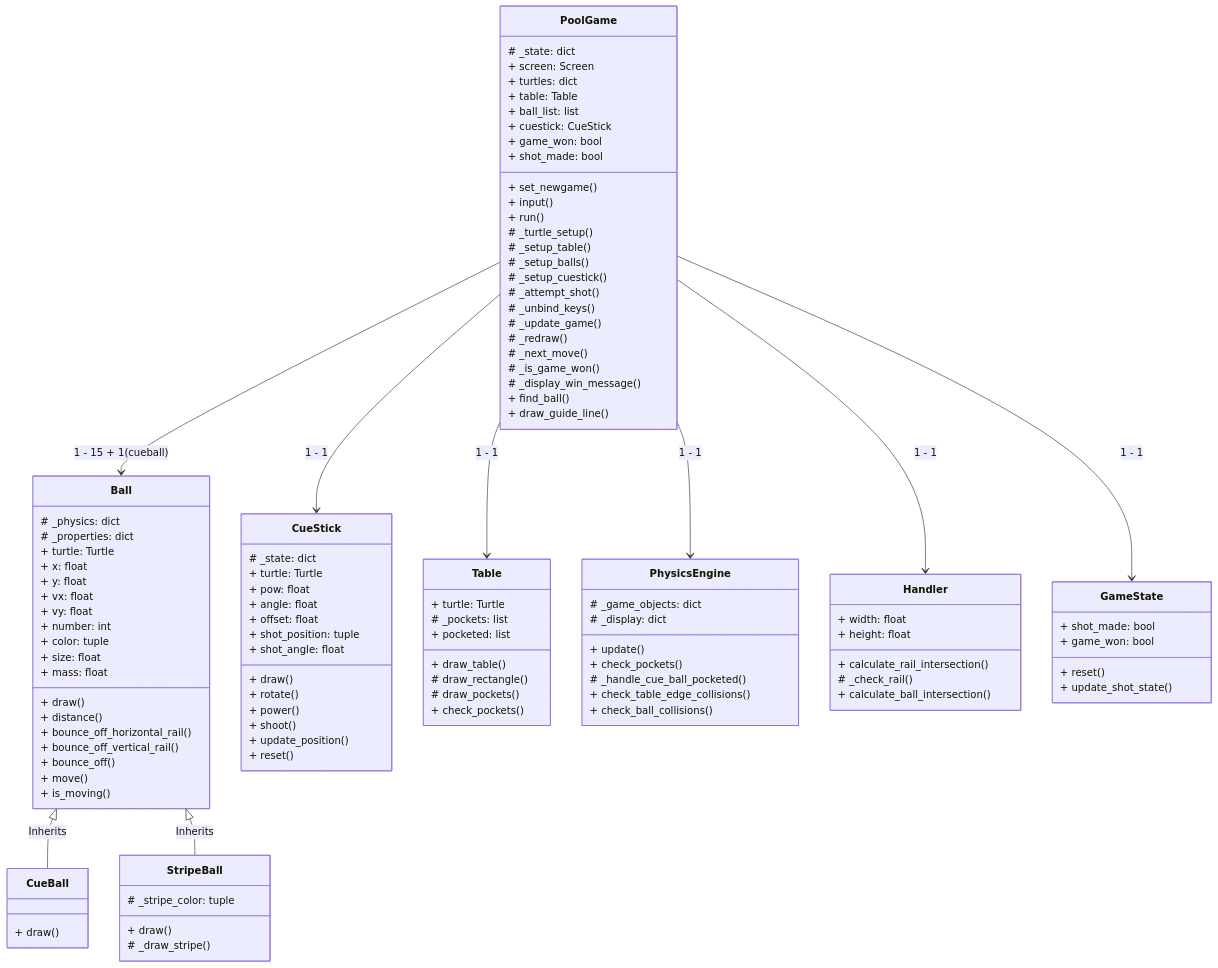
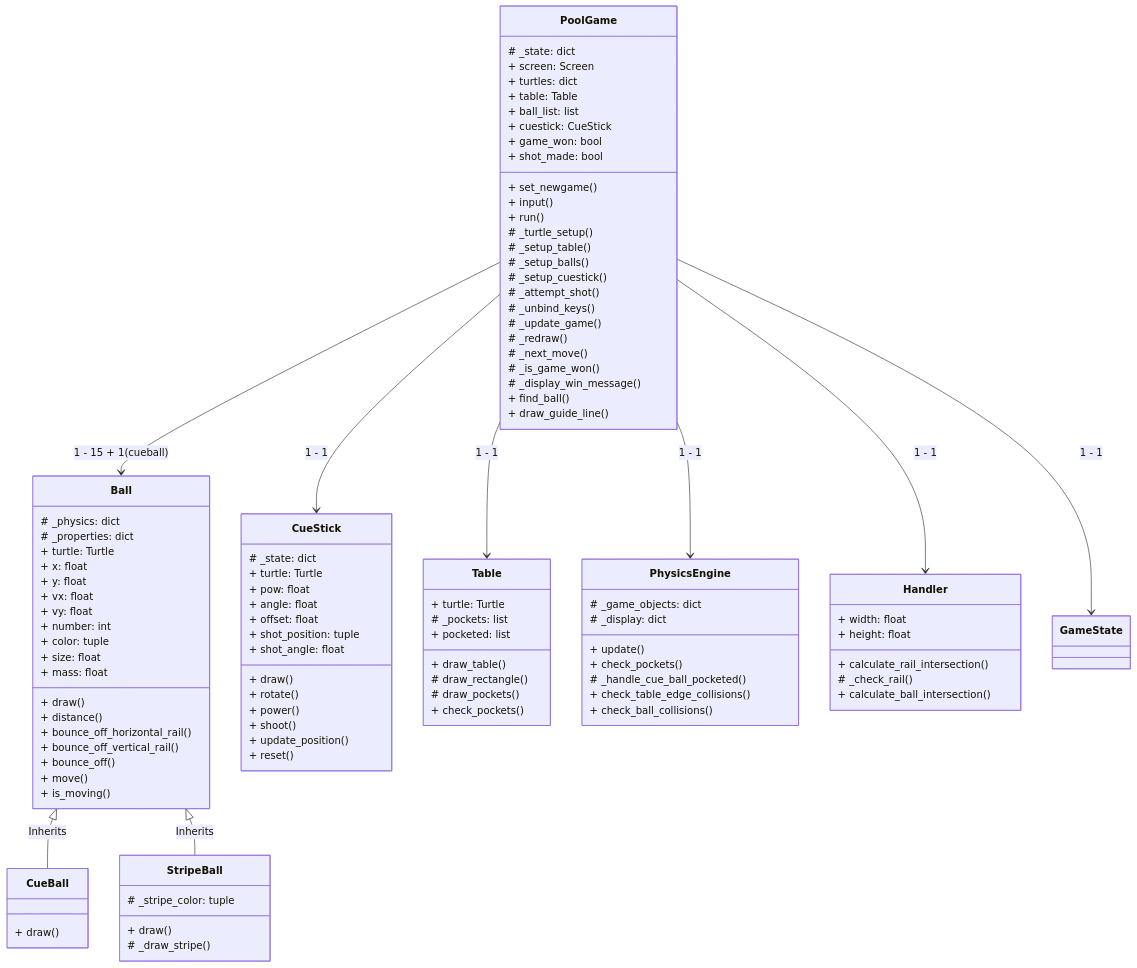
Before and after one commit to uzimpp/8pool: the diagram in README.md, drawn with Mermaid.

Commit message:
recheck uml

```diff
--- a/README.md
+++ b/README.md
@@ -307,13 +307,6 @@
         + calculate_ball_intersection()
     }
 
-    class GameState {
-        + shot_made: bool
-        + game_won: bool
-        + reset()
-        + update_shot_state()
-    }
-
     PoolGame --> Ball : 1 - 15 + 1(cueball)
     PoolGame --> CueStick : 1 - 1
     PoolGame --> Table : 1 - 1
```
